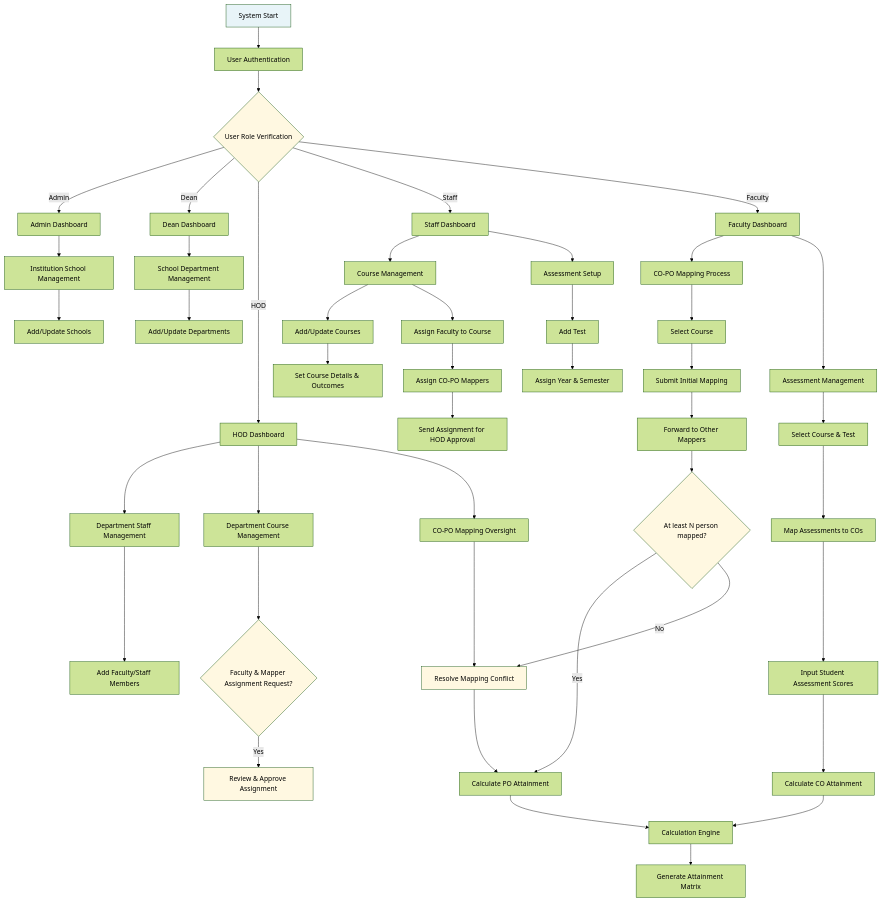
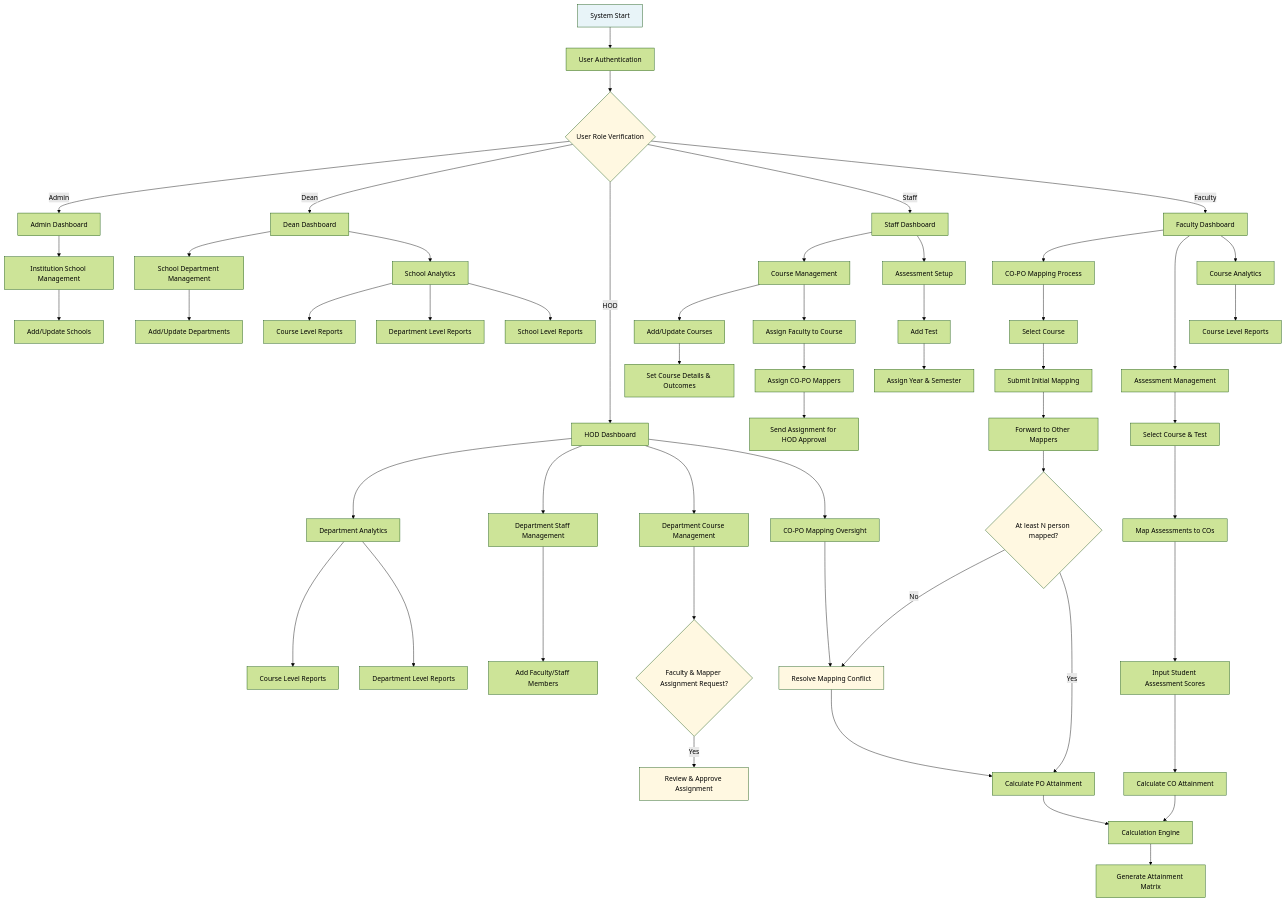
One commit to berealatul/nba changed the diagram in docs/wrokflow.md. Above: the diagram before and after it, drawn with Mermaid (forest theme).

Commit message:
Refined & Finalised

````diff
--- a/docs/wrokflow.md
+++ b/docs/wrokflow.md
@@ -1,61 +1,76 @@
 ```mermaid
 
 flowchart TD
+
 A[System Start] --> B[User Authentication]
 B --> C{User Role Verification}
+
+
 C -->|Admin| D[Admin Dashboard]
 D --> D1[Institution School Management]
 D1 --> D2[Add/Update Schools]
 
 C -->|Dean| E[Dean Dashboard]
 E --> E1[School Department Management]
 E1 --> E2[Add/Update Departments]
 
+E --> L[School Analytics]
+L --> L1[Course Level Reports]
+L --> L2[Department Level Reports]
+L --> L3[School Level Reports]
+
 C -->|HOD| F[HOD Dashboard]
+F --> Z[Department Analytics]
+Z --> Z1[Course Level Reports]
+Z --> Z2[Department Level Reports]
+
 F --> F1[Department Staff Management]
 F1 --> F2[Add Faculty/Staff Members]
 F --> F5[Department Course Management]
 F5 --> F6{Faculty & Mapper Assignment Request?}
 F6 -->|Yes| F7[Review & Approve Assignment]
 F --> F14[CO-PO Mapping Oversight]
 F14 --> F15[Resolve Mapping Conflict]
 F15 --> H11
 
 C -->|Staff| G[Staff Dashboard]
 G --> G1[Course Management]
 G1 --> G2[Add/Update Courses]
 G2 --> G3[Set Course Details & Outcomes]
 G1 --> G4[Assign Faculty to Course]
 G4 --> G5[Assign CO-PO Mappers]
 G5 --> G6[Send Assignment for HOD Approval]
 G --> G7[Assessment Setup]
 G7 --> G8[Add Test]
 G8 --> G9[Assign Year & Semester]
 
 C -->|Faculty| H[Faculty Dashboard]
 H --> H3[CO-PO Mapping Process]
 H3 --> H4[Select Course]
 H4 --> H6[Submit Initial Mapping]
 H6 --> H7[Forward to Other Mappers]
 H7 --> H8{At least N person mapped?}
+H8 -->|No| F15
 H8 -->|Yes| H11[Calculate PO Attainment]
-H8 -->|No| F15
 
 H --> H9[Assessment Management]
 H9 --> H10[Select Course & Test]
 H10 --> H12[Map Assessments to COs]
 H12 --> H13[Input Student Assessment Scores]
 H13 --> H14[Calculate CO Attainment]
 
 H11 --> I[Calculation Engine]
 H14 --> I
 I --> I3[Generate Attainment Matrix]
 
-%% Basic styling only
+H --> Y[Course Analytics]
+Y --> Y1[Course Level Reports]
+
 style A fill:#e8f4f8
 style C fill:#fff8e1
 style F6 fill:#fff8e1
 style F7 fill:#fff8e1
 style F15 fill:#fff8e1
 style H8 fill:#fff8e1
+
 ```
````
